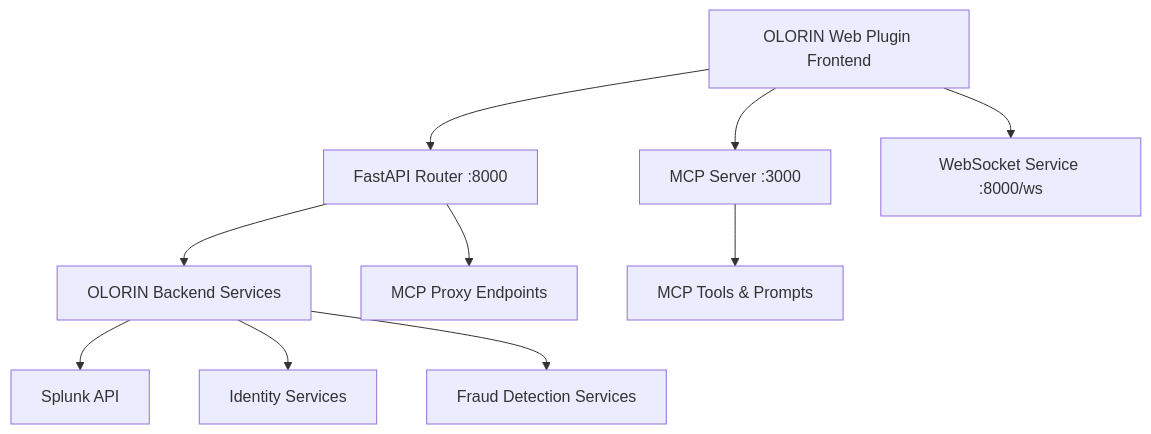
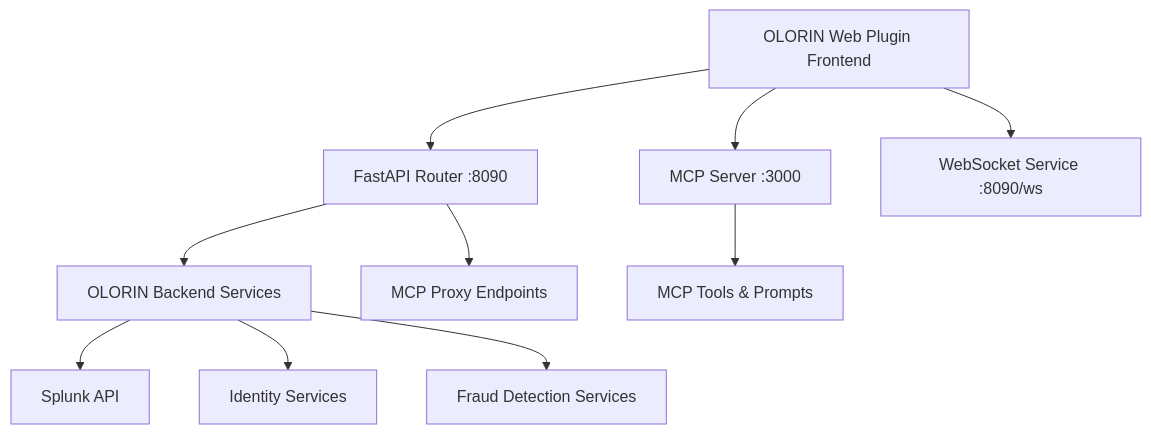
One commit to Olorin-ai-git/Bayit-Plus changed the first of 2 diagrams in docs/api/API_INTEGRATION_GUIDE.md. Above: the diagram before and after it, drawn with Mermaid. The commit also changed other lines of this file and 140 other files, not shown here.

````diff
--- a/docs/api/API_INTEGRATION_GUIDE.md
+++ b/docs/api/API_INTEGRATION_GUIDE.md
@@ -11,14 +11,14 @@
 ```mermaid
 graph TB
-    Frontend[OLORIN Web Plugin Frontend] --> Router[FastAPI Router :8000]
+    Frontend[OLORIN Web Plugin Frontend] --> Router[FastAPI Router :8090]
     Frontend --> MCP[MCP Server :3000]
-    Frontend --> WS[WebSocket Service :8000/ws]
+    Frontend --> WS[WebSocket Service :8090/ws]
     
     Router --> Backend[OLORIN Backend Services]
     Router --> MCPProxy[MCP Proxy Endpoints]
     MCP --> Tools[MCP Tools & Prompts]
     
     Backend --> Splunk[Splunk API]
     Backend --> Identity[Identity Services]
     Backend --> Fraud[Fraud Detection Services]
 ```
````
